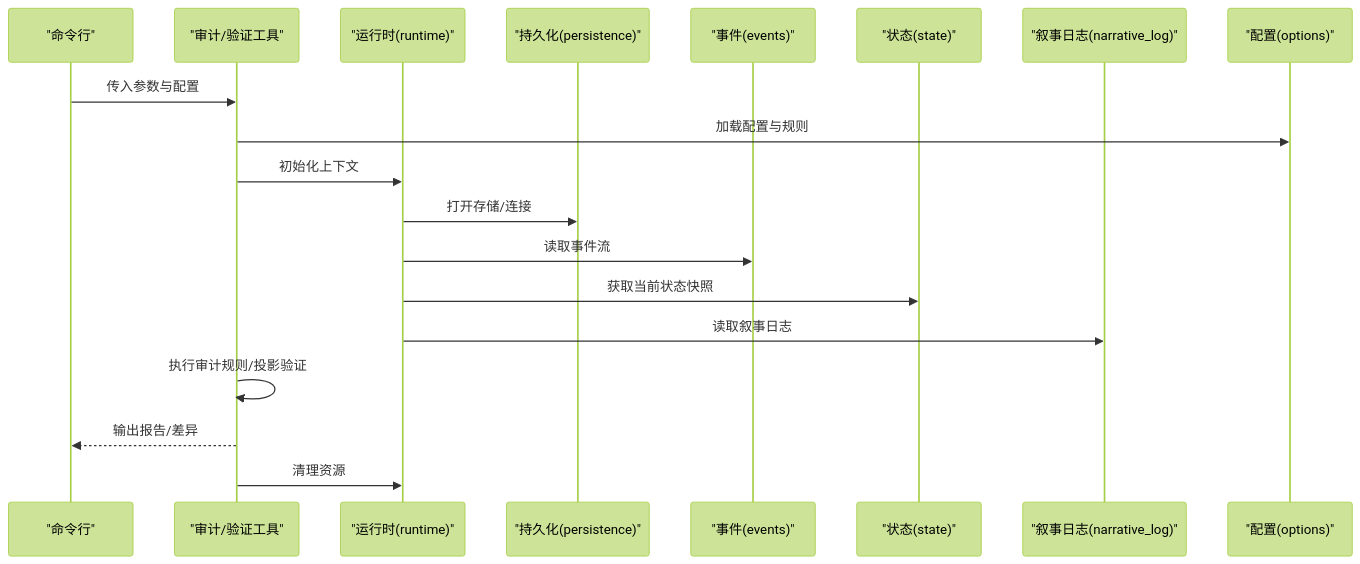
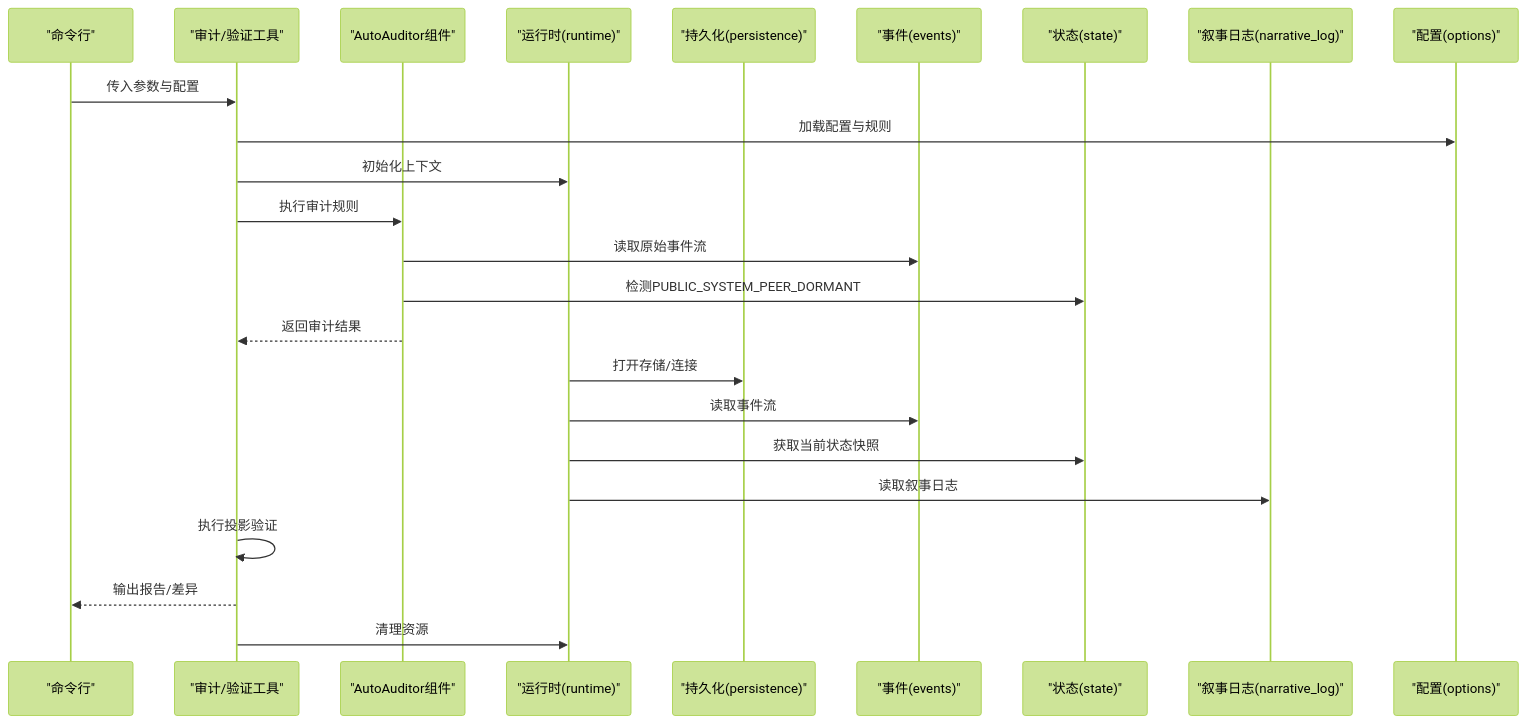
One commit to Ivandanslespace/thegreatnovel changed the second of 6 diagrams in .qoder/repowiki/zh/content/工具集/审计分析工具.md. Above: the diagram before and after it, drawn with Mermaid (forest theme). The commit also changed other lines of this file and 72 other files, not shown here.

````diff
--- a/.qoder/repowiki/zh/content/工具集/审计分析工具.md
+++ b/.qoder/repowiki/zh/content/工具集/审计分析工具.md
@@ -119,21 +136,26 @@
 ```mermaid
 sequenceDiagram
 participant CLI as "命令行"
 participant Tool as "审计/验证工具"
+participant AutoAuditor as "AutoAuditor组件"
 participant Runtime as "运行时(runtime)"
 participant Persist as "持久化(persistence)"
 participant Events as "事件(events)"
 participant State as "状态(state)"
 participant Log as "叙事日志(narrative_log)"
 participant Options as "配置(options)"
 CLI->>Tool : 传入参数与配置
 Tool->>Options : 加载配置与规则
 Tool->>Runtime : 初始化上下文
+Tool->>AutoAuditor : 执行审计规则
+AutoAuditor->>Events : 读取原始事件流
+AutoAuditor->>State : 检测PUBLIC_SYSTEM_PEER_DORMANT
+AutoAuditor-->>Tool : 返回审计结果
 Runtime->>Persist : 打开存储/连接
 Runtime->>Events : 读取事件流
 Runtime->>State : 获取当前状态快照
 Runtime->>Log : 读取叙事日志
-Tool->>Tool : 执行审计规则/投影验证
+Tool->>Tool : 执行投影验证
 Tool-->>CLI : 输出报告/差异
 Tool->>Runtime : 清理资源
 ```
````
